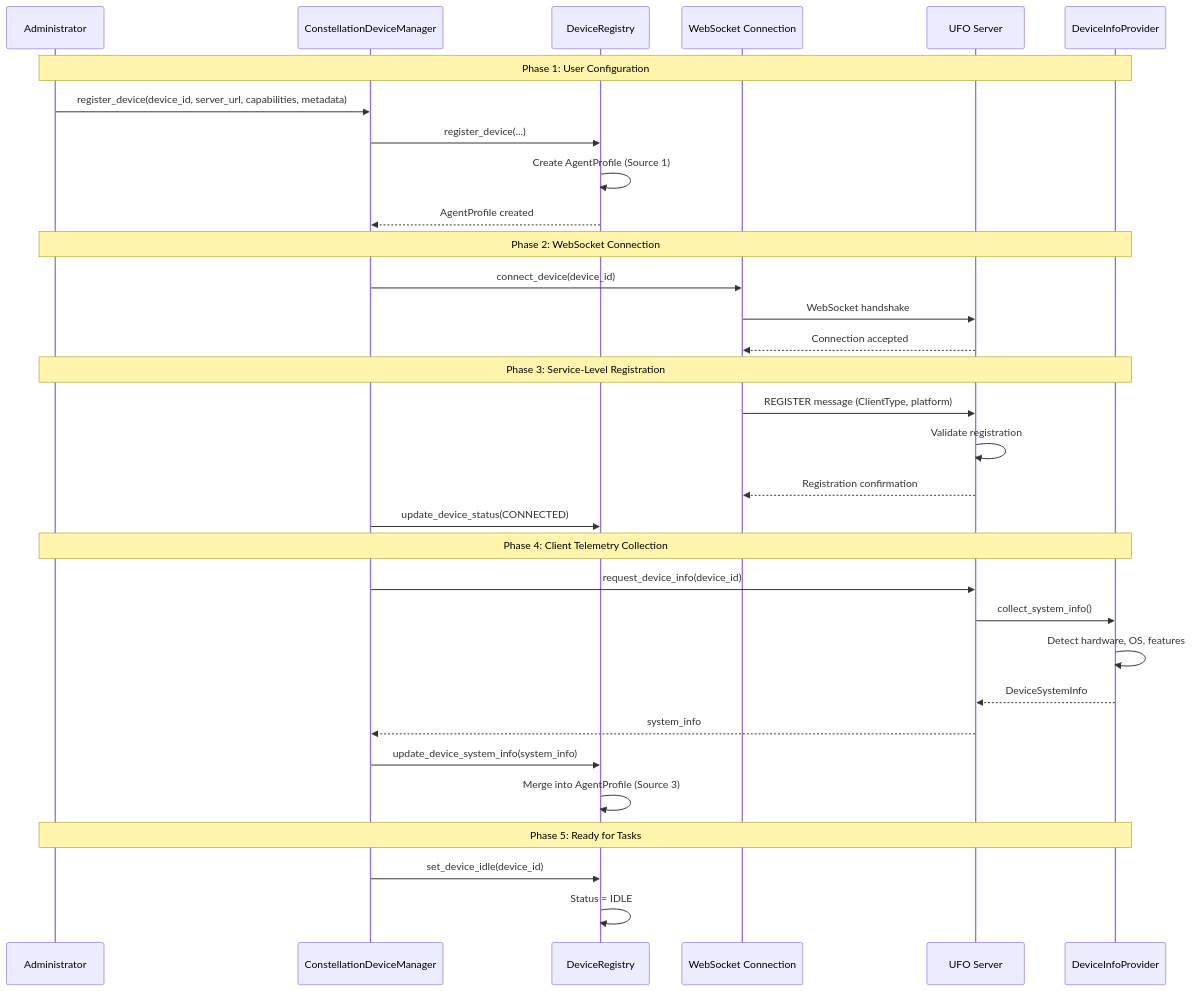
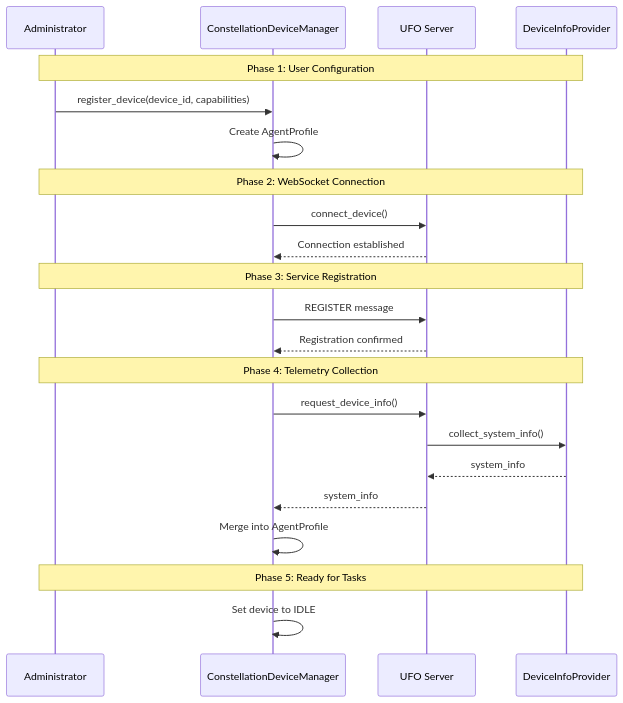
Before and after one commit to microsoft/UFO: the second of 3 diagrams in documents/docs/galaxy/agent_registration/overview.md, drawn with Mermaid. The commit also changed other lines of this file and 19 other files, not shown here.

````diff
--- a/documents/docs/galaxy/agent_registration/overview.md
+++ b/documents/docs/galaxy/agent_registration/overview.md
@@ -94,39 +83,29 @@
 ```mermaid
 sequenceDiagram
     participant Admin as Administrator
     participant CDM as ConstellationDeviceManager
-    participant DR as DeviceRegistry
-    participant WS as WebSocket Connection
     participant Server as UFO Server
     participant DIP as DeviceInfoProvider
     
     Note over Admin,DIP: Phase 1: User Configuration
-    Admin->>CDM: register_device(device_id, server_url, capabilities, metadata)
-    CDM->>DR: register_device(...)
-    DR->>DR: Create AgentProfile (Source 1)
-    DR-->>CDM: AgentProfile created
+    Admin->>CDM: register_device(device_id, capabilities)
+    CDM->>CDM: Create AgentProfile
     
     Note over Admin,DIP: Phase 2: WebSocket Connection
-    CDM->>WS: connect_device(device_id)
-    WS->>Server: WebSocket handshake
-    Server-->>WS: Connection accepted
+    CDM->>Server: connect_device()
+    Server-->>CDM: Connection established
     
-    Note over Admin,DIP: Phase 3: Service-Level Registration
-    WS->>Server: REGISTER message (ClientType, platform)
-    Server->>Server: Validate registration
-    Server-->>WS: Registration confirmation
-    CDM->>DR: update_device_status(CONNECTED)
+    Note over Admin,DIP: Phase 3: Service Registration
+    CDM->>Server: REGISTER message
+    Server-->>CDM: Registration confirmed
     
-    Note over Admin,DIP: Phase 4: Client Telemetry Collection
-    CDM->>Server: request_device_info(device_id)
+    Note over Admin,DIP: Phase 4: Telemetry Collection
+    CDM->>Server: request_device_info()
     Server->>DIP: collect_system_info()
-    DIP->>DIP: Detect hardware, OS, features
-    DIP-->>Server: DeviceSystemInfo
+    DIP-->>Server: system_info
     Server-->>CDM: system_info
-    CDM->>DR: update_device_system_info(system_info)
-    DR->>DR: Merge into AgentProfile (Source 3)
+    CDM->>CDM: Merge into AgentProfile
     
     Note over Admin,DIP: Phase 5: Ready for Tasks
-    CDM->>DR: set_device_idle(device_id)
-    DR->>DR: Status = IDLE
+    CDM->>CDM: Set device to IDLE
 ```
````
